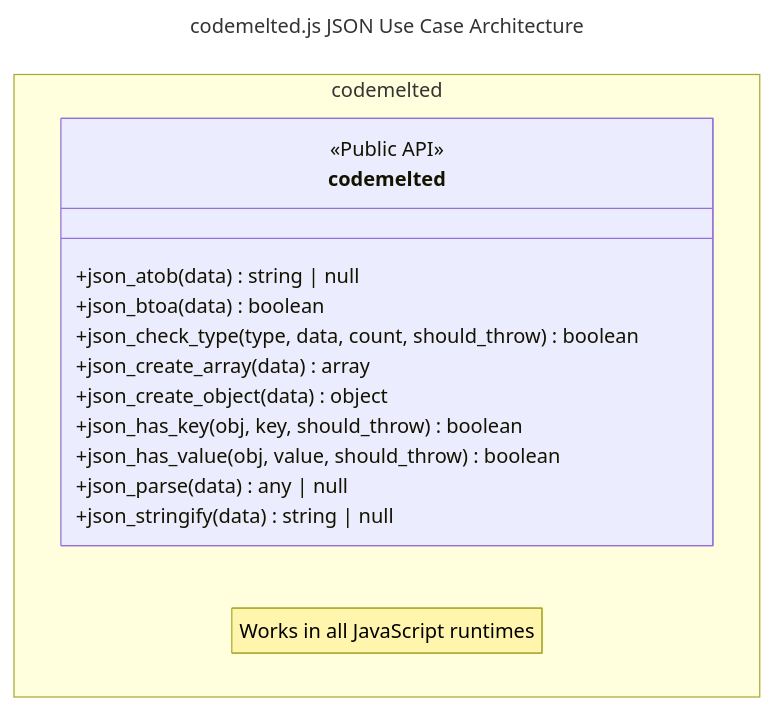
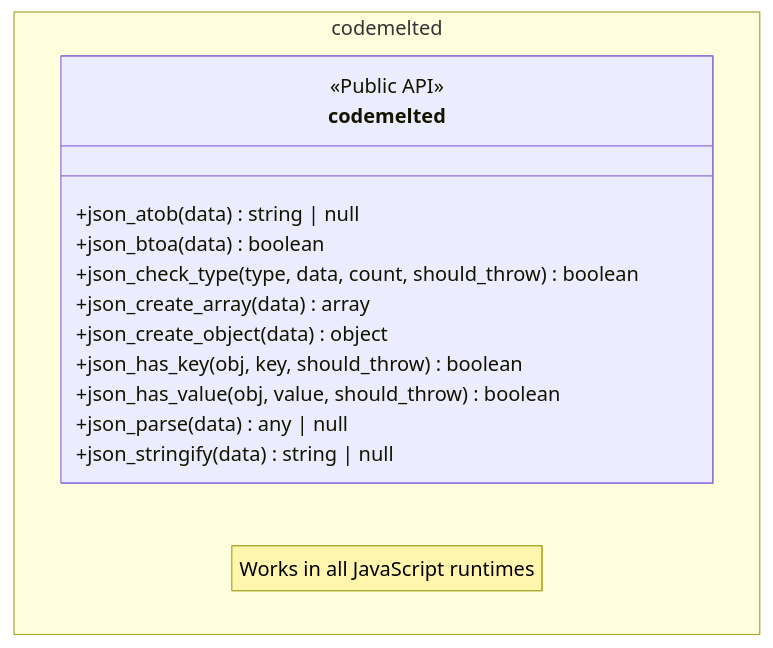
Before and after one commit to CodeMelted/codemelted.js: the diagram in models/json_usecase.mmd, drawn with Mermaid. The commit also changed 116 other files, not shown here.

```diff
--- a/models/json_usecase.mmd
+++ b/models/json_usecase.mmd
@@ -1,19 +1,16 @@
----
-title: codemelted.js JSON Use Case Architecture
----
 classDiagram
   namespace codemelted_ns["codemelted"] {
     class codemelted {
       <<Public API>>
       +json_atob(data) string | null
       +json_btoa(data) boolean
       +json_check_type(type, data, count, should_throw) boolean
       +json_create_array(data) array
       +json_create_object(data) object
       +json_has_key(obj, key, should_throw) boolean
       +json_has_value(obj, value, should_throw) boolean
       +json_parse(data) any | null
       +json_stringify(data) string | null
     }
     note "Works in all JavaScript runtimes"
   }
```
